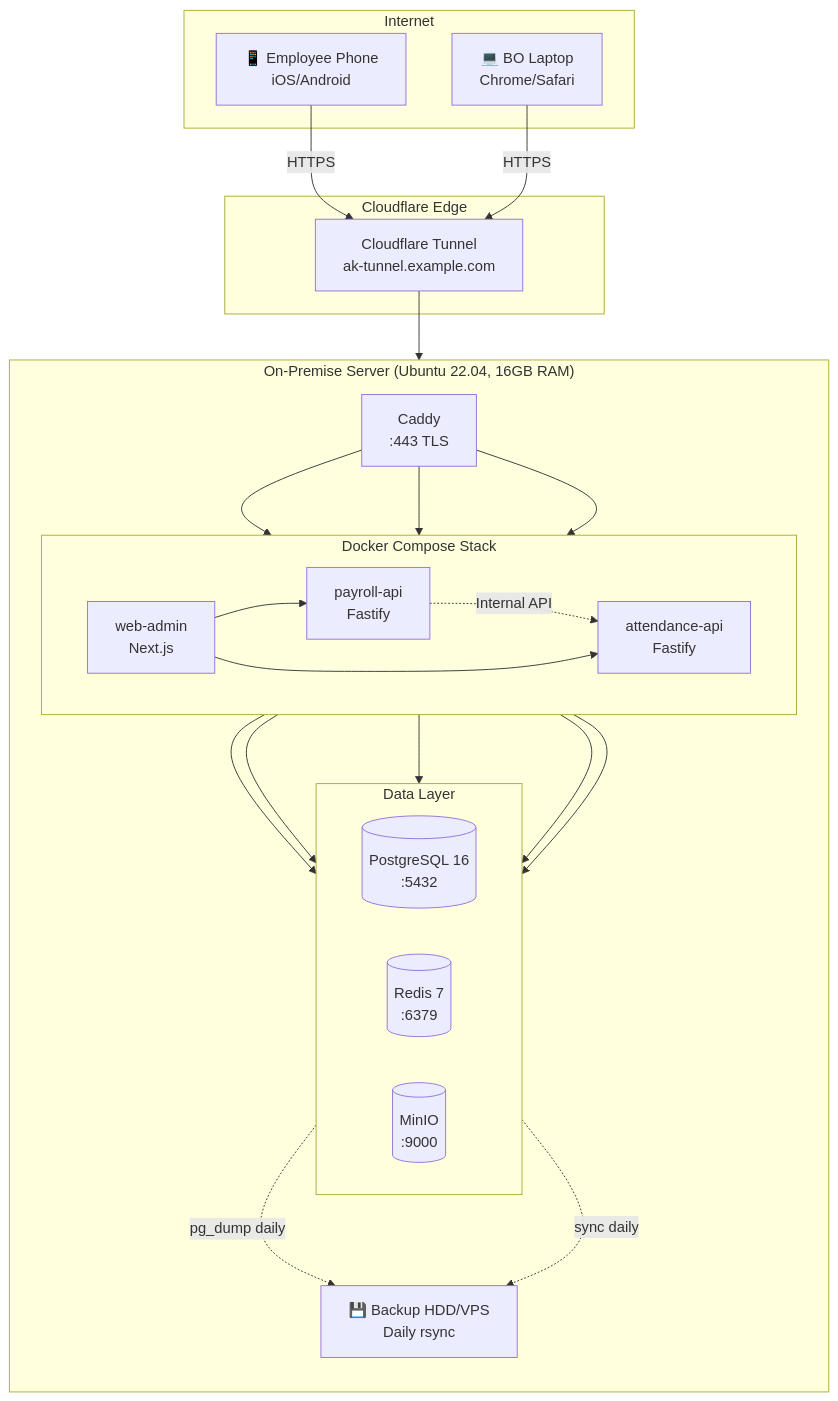
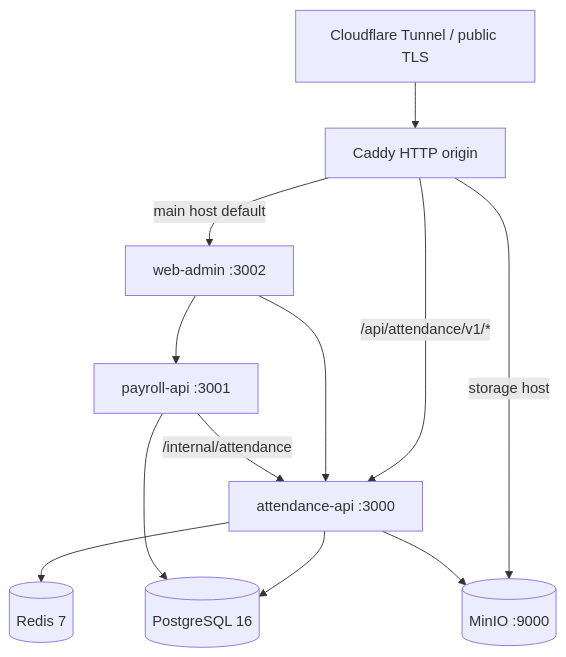
Before and after one commit to hungtrandigital/AKAIOS: the second of 2 diagrams in 3-technical/3.1-system-foundation/design-standards/system-design.md, drawn with Mermaid. The commit also changed other lines of this file and 182 other files, not shown here.

````diff
--- a/3-technical/3.1-system-foundation/design-standards/system-design.md
+++ b/3-technical/3.1-system-foundation/design-standards/system-design.md
@@ -257,46 +34,14 @@
 ```mermaid
-graph TB
-    subgraph Internet
-        Employee[📱 Employee Phone<br/>iOS/Android]
-        BO[💻 BO Laptop<br/>Chrome/Safari]
-    end
-
-    subgraph Cloudflare_Edge["Cloudflare Edge"]
-        CF[Cloudflare Tunnel<br/>ak-tunnel.example.com]
-    end
-
-    subgraph OnPrem["On-Premise Server (Ubuntu 22.04, 16GB RAM)"]
-        direction TB
-        Caddy[Caddy<br/>:443 TLS]
-        subgraph DockerCompose["Docker Compose Stack"]
-            direction LR
-            BackendA[attendance-api<br/>Fastify]
-            BackendP[payroll-api<br/>Fastify]
-            WebAdmin[web-admin<br/>Next.js]
-        end
-        subgraph DataLayer["Data Layer"]
-            direction LR
-            PG[(PostgreSQL 16<br/>:5432)]
-            Redis[(Redis 7<br/>:6379)]
-            MinIO[(MinIO<br/>:9000)]
-        end
-        Backup[💾 Backup HDD/VPS<br/>Daily rsync]
-    end
-
-    Employee -->|HTTPS| CF
-    BO -->|HTTPS| CF
-    CF --> Caddy
-    Caddy --> BackendA
-    Caddy --> BackendP
-    Caddy --> WebAdmin
-    BackendA --> PG
-    BackendA --> Redis
-    BackendA --> MinIO
-    BackendP --> PG
-    BackendP --> Redis
-    BackendP -.->|Internal API| BackendA
-    WebAdmin --> BackendA
-    WebAdmin --> BackendP
-    PG -.->|pg_dump daily| Backup
-    MinIO -.->|sync daily| Backup
+flowchart TB
+    CF[Cloudflare Tunnel / public TLS] --> Caddy[Caddy HTTP origin]
+    Caddy -->|main host default| Web[web-admin :3002]
+    Caddy -->|/api/attendance/v1/*| Attendance[attendance-api :3000]
+    Caddy -->|storage host| MinIO[(MinIO :9000)]
+    Web --> Attendance
+    Web --> Payroll[payroll-api :3001]
+    Payroll -->|/internal/attendance| Attendance
+    Attendance --> PG[(PostgreSQL 16)]
+    Payroll --> PG
+    Attendance --> Redis[(Redis 7)]
+    Attendance --> MinIO
 ```
````
